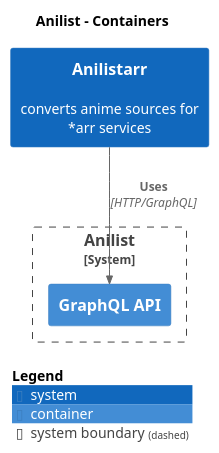
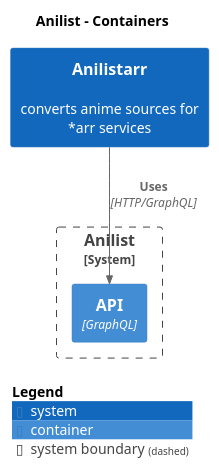
Before and after one commit to wwmoraes/anilistarr: the diagram in docs/structurizr-Container-001.puml, drawn with PlantUML. The commit also changed 151 other files, not shown here.

```diff
--- a/docs/structurizr-Container-001.puml
+++ b/docs/structurizr-Container-001.puml
@@ -1,20 +1,20 @@
 @startuml
 set separator none
 title Anilist - Containers
 
 top to bottom direction
 
 !include <C4/C4>
 !include <C4/C4_Context>
 !include <C4/C4_Container>
 
 System(Anilistarr, "Anilistarr", $descr="converts anime sources for *arr services", $tags="", $link="")
 
 System_Boundary("Anilist_boundary", "Anilist", $tags="") {
-  Container(Anilist.GraphQLAPI, "GraphQL API", $techn="", $descr="", $tags="", $link="")
+  Container(Anilist.API, "API", $techn="GraphQL", $descr="", $tags="", $link="")
 }
 
-Rel(Anilistarr, Anilist.GraphQLAPI, "Uses", $techn="HTTP/GraphQL", $tags="", $link="")
+Rel(Anilistarr, Anilist.API, "Uses", $techn="HTTP/GraphQL", $tags="", $link="")
 
 SHOW_LEGEND(true)
 @enduml
```
